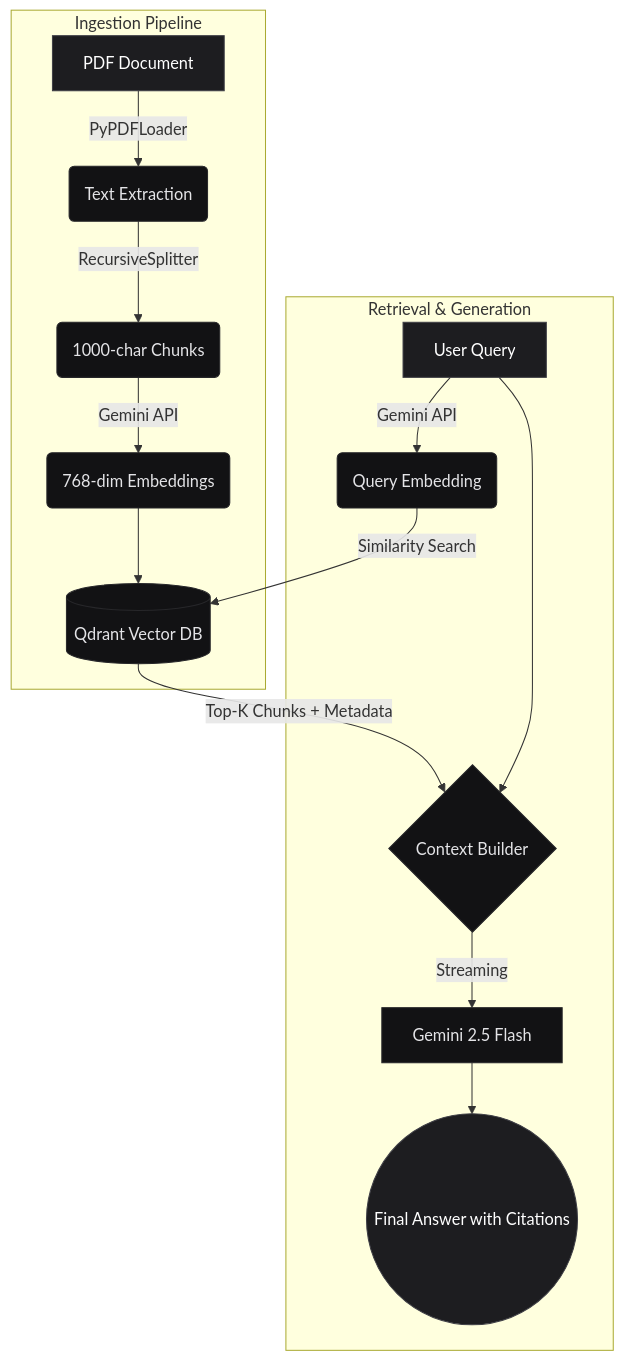
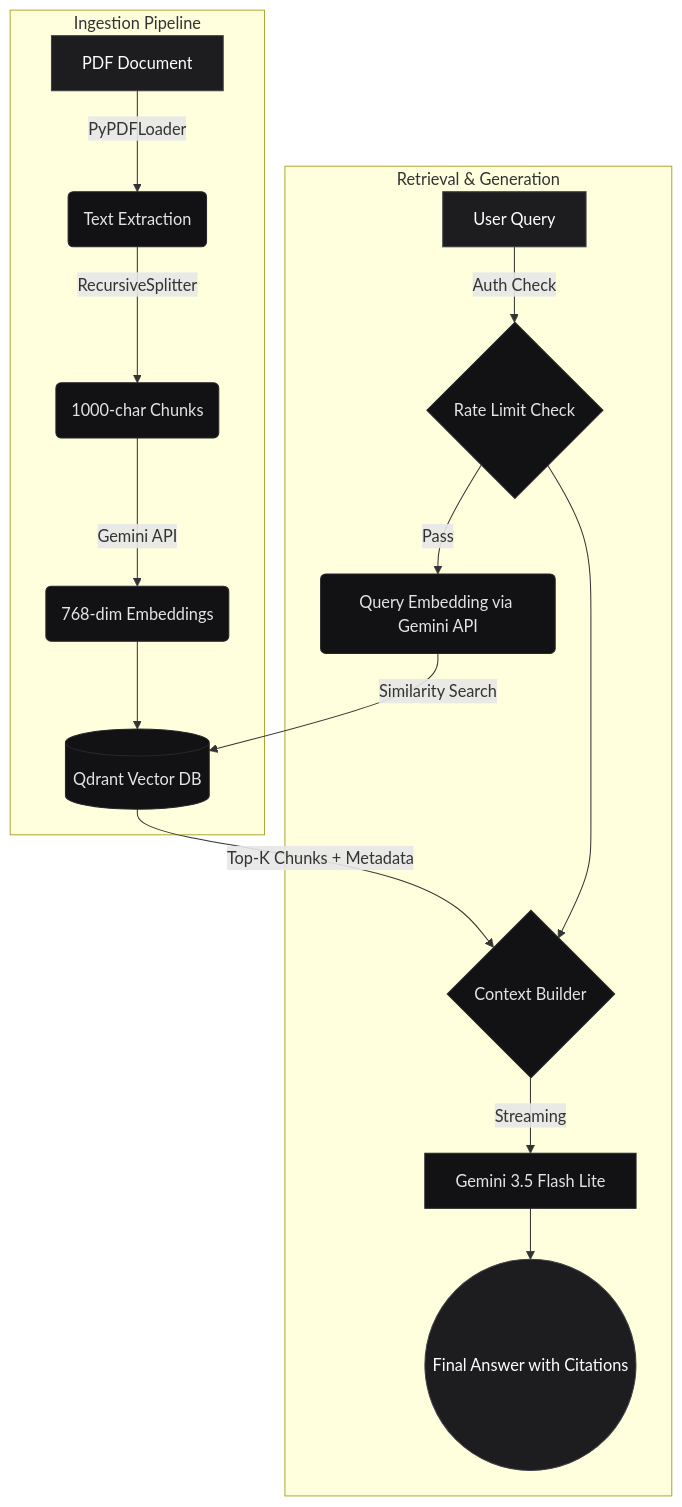
One commit to Samyak-Waghmare/docuquery changed the diagram in README.md. Above: the diagram before and after it, drawn with Mermaid. The commit also changed other lines of this file, not shown here.

Commit message:
update readme with new features and architecture

````diff
--- a/README.md
+++ b/README.md
@@ -23,23 +27,24 @@
 ```mermaid
 graph TD
     classDef default fill:#121214,stroke:#27272a,stroke-width:1px,color:#e4e4e7
     classDef highlight fill:#1d1d20,stroke:#3f3f46,stroke-width:1px,color:#fff
     
     subgraph Ingestion Pipeline
         A[PDF Document] -->|PyPDFLoader| B(Text Extraction)
         B -->|RecursiveSplitter| C(1000-char Chunks)
         C -->|Gemini API| D(768-dim Embeddings)
         D --> E[(Qdrant Vector DB)]
     end
 
     subgraph Retrieval & Generation
-        F[User Query] -->|Gemini API| G(Query Embedding)
+        F[User Query] -->|Auth Check| F2{Rate Limit Check}
+        F2 -->|Pass| G(Query Embedding via Gemini API)
         G -->|Similarity Search| E
         E -->|Top-K Chunks + Metadata| H{Context Builder}
-        F --> H
-        H -->|Streaming| I[Gemini 2.5 Flash]
+        F2 --> H
+        H -->|Streaming| I[Gemini 3.5 Flash Lite]
         I --> J((Final Answer with Citations))
     end
 
     class A,F,J highlight
 ```
````
